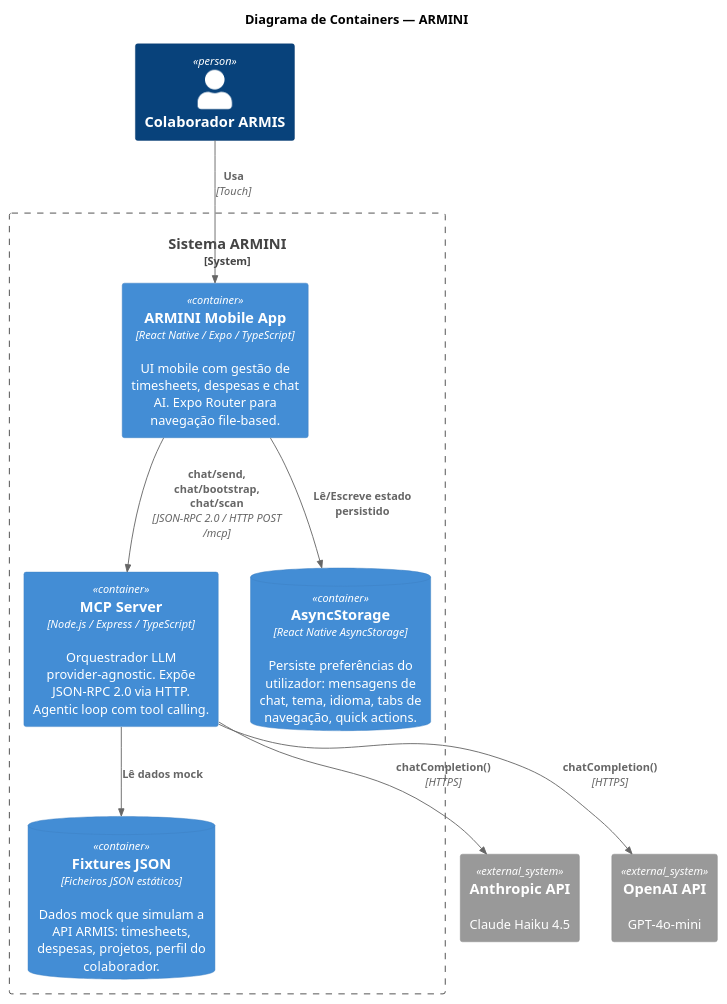
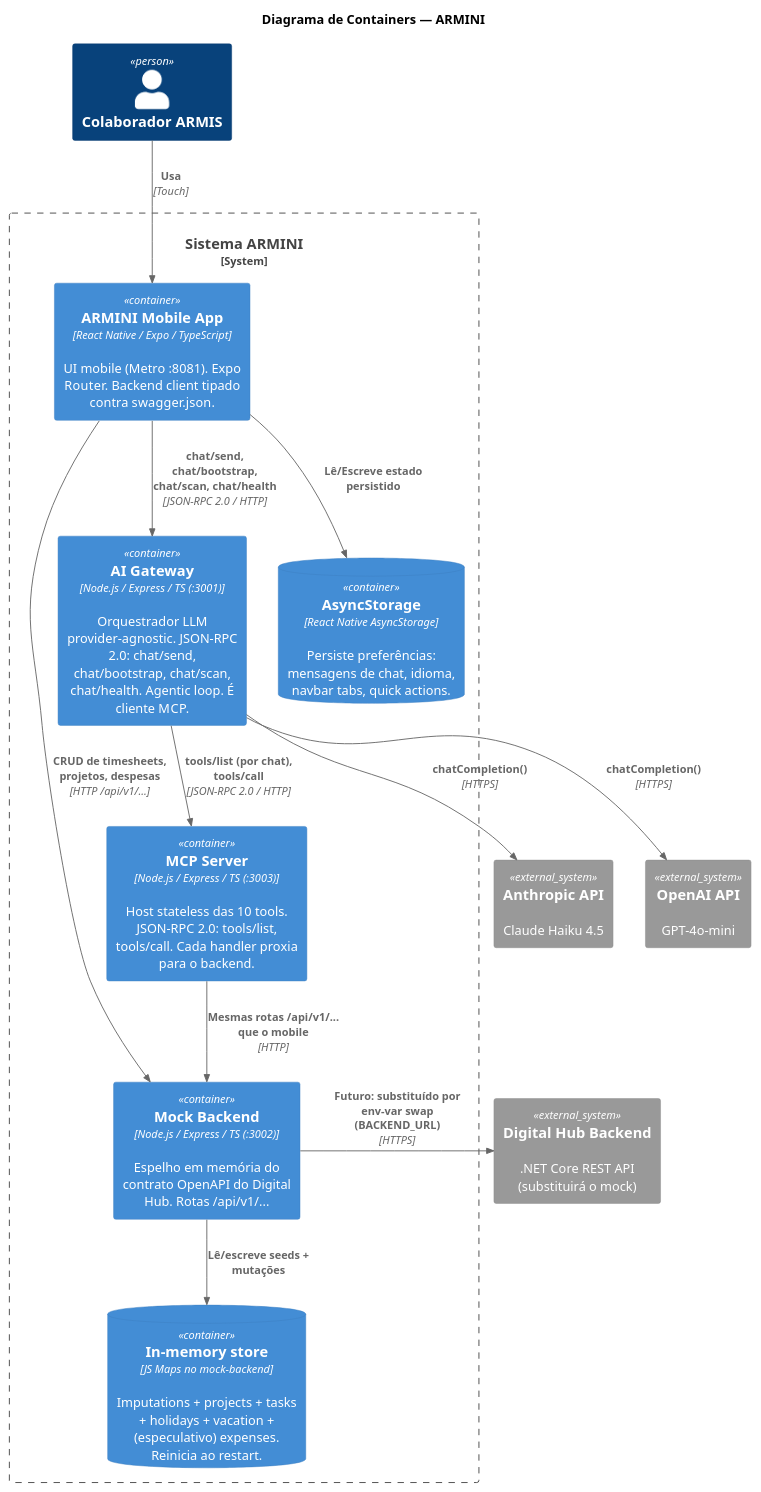
Before and after one commit to gabsilva17/projeto-armis: the second of 14 diagrams in armini/docs/architecture.md, drawn with PlantUML. The commit also changed other lines of this file and 5 other files, not shown here.

````diff
--- a/armini/docs/architecture.md
+++ b/armini/docs/architecture.md
@@ -81,27 +87,34 @@
 ```plantuml
 @startuml C4_Containers
 !include https://raw.githubusercontent.com/plantuml-stdlib/C4-PlantUML/master/C4_Container.puml
 
 title Diagrama de Containers — ARMINI
 
 Person(employee, "Colaborador ARMIS")
 
 System_Boundary(arminiSystem, "Sistema ARMINI") {
-    Container(mobileApp, "ARMINI Mobile App", "React Native / Expo / TypeScript", "UI mobile com gestão de timesheets, despesas e chat AI. Expo Router para navegação file-based.")
-    Container(mcpServer, "MCP Server", "Node.js / Express / TypeScript", "Orquestrador LLM provider-agnostic. Expõe JSON-RPC 2.0 via HTTP. Agentic loop com tool calling.")
-    ContainerDb(asyncStorage, "AsyncStorage", "React Native AsyncStorage", "Persiste preferências do utilizador: mensagens de chat, tema, idioma, tabs de navegação, quick actions.")
-    ContainerDb(fixtures, "Fixtures JSON", "Ficheiros JSON estáticos", "Dados mock que simulam a API ARMIS: timesheets, despesas, projetos, perfil do colaborador.")
+    Container(mobileApp, "ARMINI Mobile App", "React Native / Expo / TypeScript", "UI mobile (Metro :8081). Expo Router. Backend client tipado contra swagger.json.")
+    Container(aiGateway, "AI Gateway", "Node.js / Express / TS (:3001)", "Orquestrador LLM provider-agnostic. JSON-RPC 2.0: chat/send, chat/bootstrap, chat/scan, chat/health. Agentic loop. É cliente MCP.")
+    Container(mcpServer, "MCP Server", "Node.js / Express / TS (:3003)", "Host stateless das 10 tools. JSON-RPC 2.0: tools/list, tools/call. Cada handler proxia para o backend.")
+    Container(mockBackend, "Mock Backend", "Node.js / Express / TS (:3002)", "Espelho em memória do contrato OpenAPI do Digital Hub. Rotas /api/v1/...")
+    ContainerDb(asyncStorage, "AsyncStorage", "React Native AsyncStorage", "Persiste preferências: mensagens de chat, idioma, navbar tabs, quick actions.")
+    ContainerDb(memoryStore, "In-memory store", "JS Maps no mock-backend", "Imputations + projects + tasks + holidays + vacation + (especulativo) expenses. Reinicia ao restart.")
 }
 
 System_Ext(anthropic, "Anthropic API", "Claude Haiku 4.5")
 System_Ext(openai, "OpenAI API", "GPT-4o-mini")
+System_Ext(digitalHub, "Digital Hub Backend", ".NET Core REST API (substituirá o mock)")
 
 Rel(employee, mobileApp, "Usa", "Touch")
-Rel(mobileApp, mcpServer, "chat/send, chat/bootstrap, chat/scan", "JSON-RPC 2.0 / HTTP POST /mcp")
+Rel(mobileApp, aiGateway, "chat/send, chat/bootstrap, chat/scan, chat/health", "JSON-RPC 2.0 / HTTP")
+Rel(mobileApp, mockBackend, "CRUD de timesheets, projetos, despesas", "HTTP /api/v1/...")
+Rel(aiGateway, mcpServer, "tools/list (por chat), tools/call", "JSON-RPC 2.0 / HTTP")
+Rel(mcpServer, mockBackend, "Mesmas rotas /api/v1/... que o mobile", "HTTP")
+Rel(aiGateway, anthropic, "chatCompletion()", "HTTPS")
+Rel(aiGateway, openai, "chatCompletion()", "HTTPS")
 Rel(mobileApp, asyncStorage, "Lê/Escreve estado persistido")
-Rel(mcpServer, fixtures, "Lê dados mock")
-Rel(mcpServer, anthropic, "chatCompletion()", "HTTPS")
-Rel(mcpServer, openai, "chatCompletion()", "HTTPS")
+Rel(mockBackend, memoryStore, "Lê/escreve seeds + mutações")
+Rel_R(mockBackend, digitalHub, "Futuro: substituído por env-var swap (BACKEND_URL)", "HTTPS")
 
 @enduml
 ```
````
